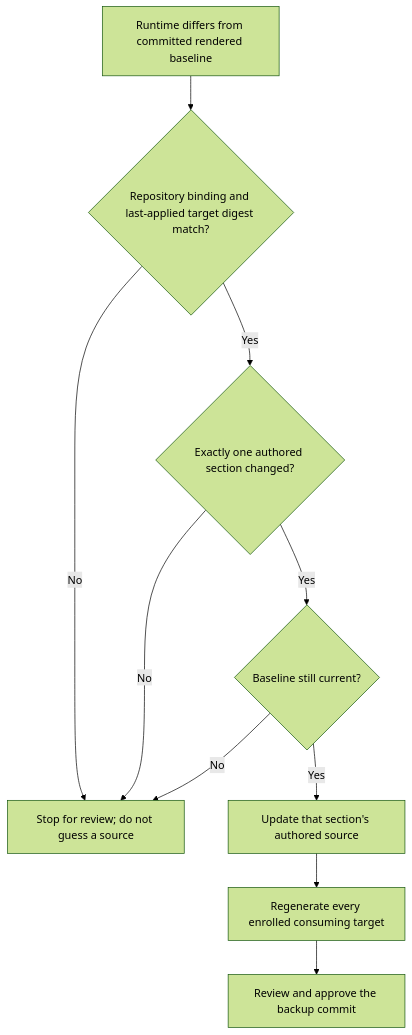
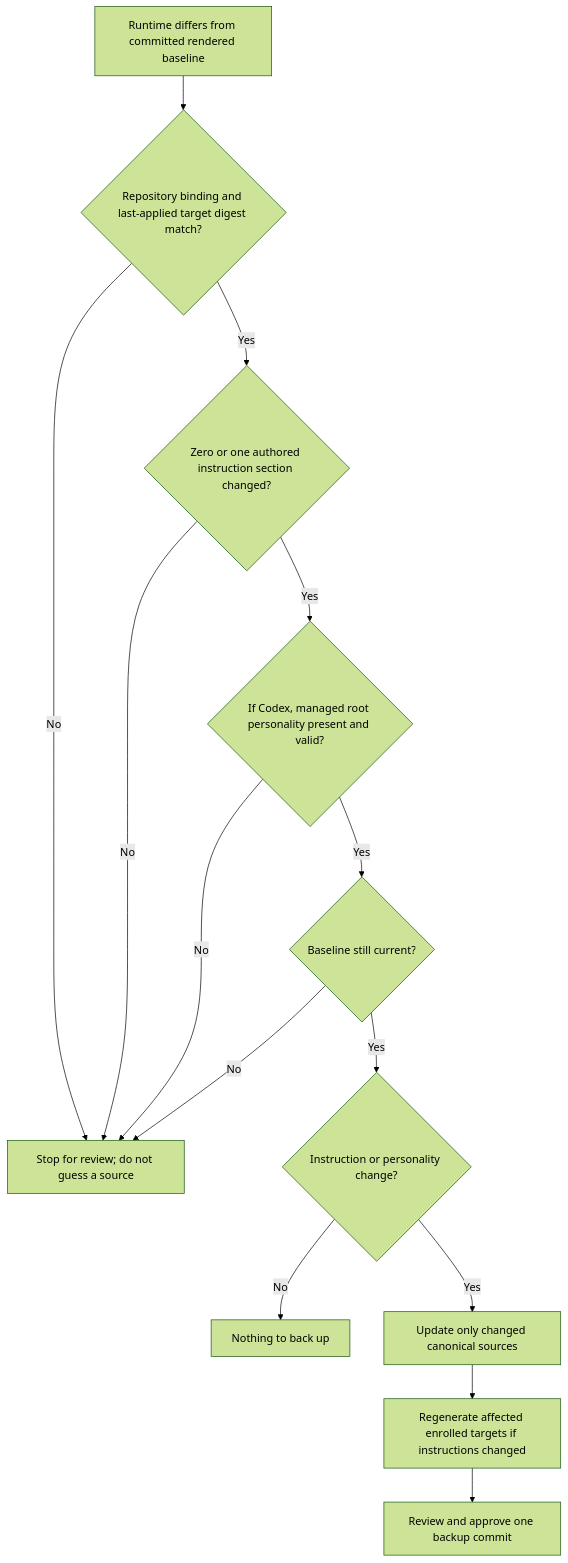
One commit to ferrywlto/ai-env-as-code changed the eighth of 9 diagrams in docs/shared-instructions-design.md. Above: the diagram before and after it, drawn with Mermaid (forest theme). The commit also changed other lines of this file and 7 other files, not shown here.

Commit message:
feat: add guarded portable Codex backup writer

````diff
--- a/docs/shared-instructions-design.md
+++ b/docs/shared-instructions-design.md
@@ -260,12 +260,16 @@
 ```mermaid
 flowchart TD
     Drift[Runtime differs from committed rendered baseline] --> Bound{Repository binding and last-applied target digest match?}
     Bound -->|No| Stop[Stop for review; do not guess a source]
-    Bound -->|Yes| Check{Exactly one authored section changed?}
-    Check -->|No| Stop[Stop for review; do not guess a source]
-    Check -->|Yes| Fresh{Baseline still current?}
+    Bound -->|Yes| Check{Zero or one authored instruction section changed?}
+    Check -->|No| Stop
+    Check -->|Yes| Config{If Codex, managed root personality present and valid?}
+    Config -->|No| Stop
+    Config -->|Yes| Fresh{Baseline still current?}
     Fresh -->|No| Stop
-    Fresh -->|Yes| Source[Update that section's authored source]
-    Source --> Render[Regenerate every enrolled consuming target]
-    Render --> Commit[Review and approve the backup commit]
+    Fresh -->|Yes| Changes{Instruction or personality change?}
+    Changes -->|No| Done[Nothing to back up]
+    Changes -->|Yes| Source[Update only changed canonical sources]
+    Source --> Render[Regenerate affected enrolled targets if instructions changed]
+    Render --> Commit[Review and approve one backup commit]
 ```
````
